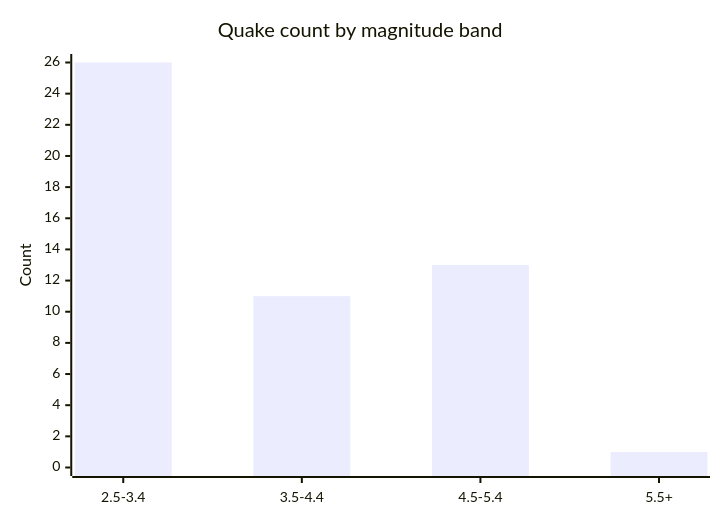
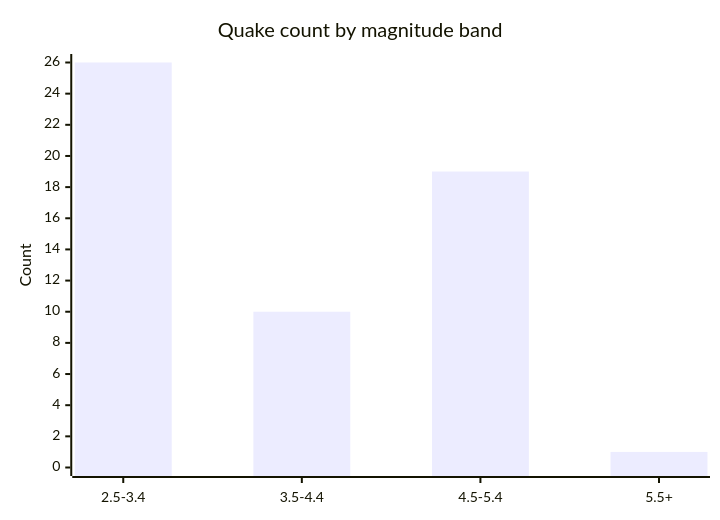
One commit to Midwest-Stratospheric/aerostratospheric-defense-gir changed the fifth of 6 diagrams in docs/GRAPHS.md. Above: the diagram before and after it, drawn with Mermaid. The commit also changed other lines of this file and 25 other files, not shown here.

````diff
--- a/docs/GRAPHS.md
+++ b/docs/GRAPHS.md
@@ -82,7 +82,7 @@
 ```mermaid
 xychart-beta
   title "Quake count by magnitude band"
   x-axis ["2.5-3.4", "3.5-4.4", "4.5-5.4", "5.5+"]
   y-axis "Count" 0 --> 26
-  bar [26, 11, 13, 1]
+  bar [26, 10, 19, 1]
 ```
````
